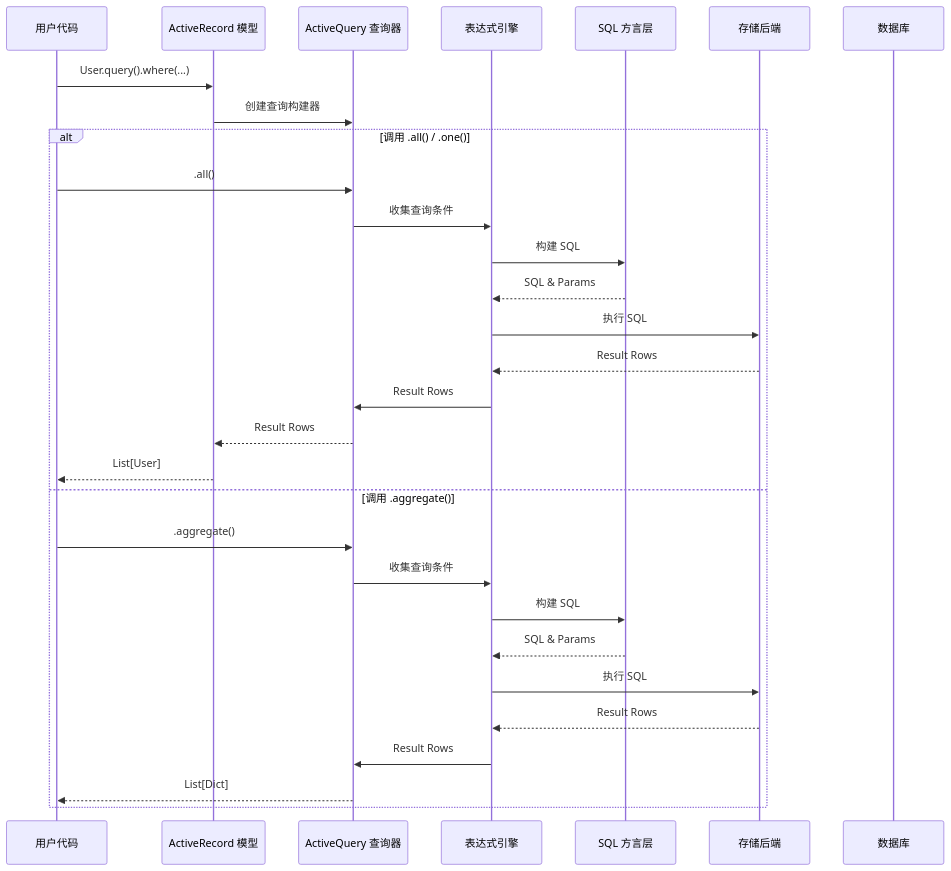
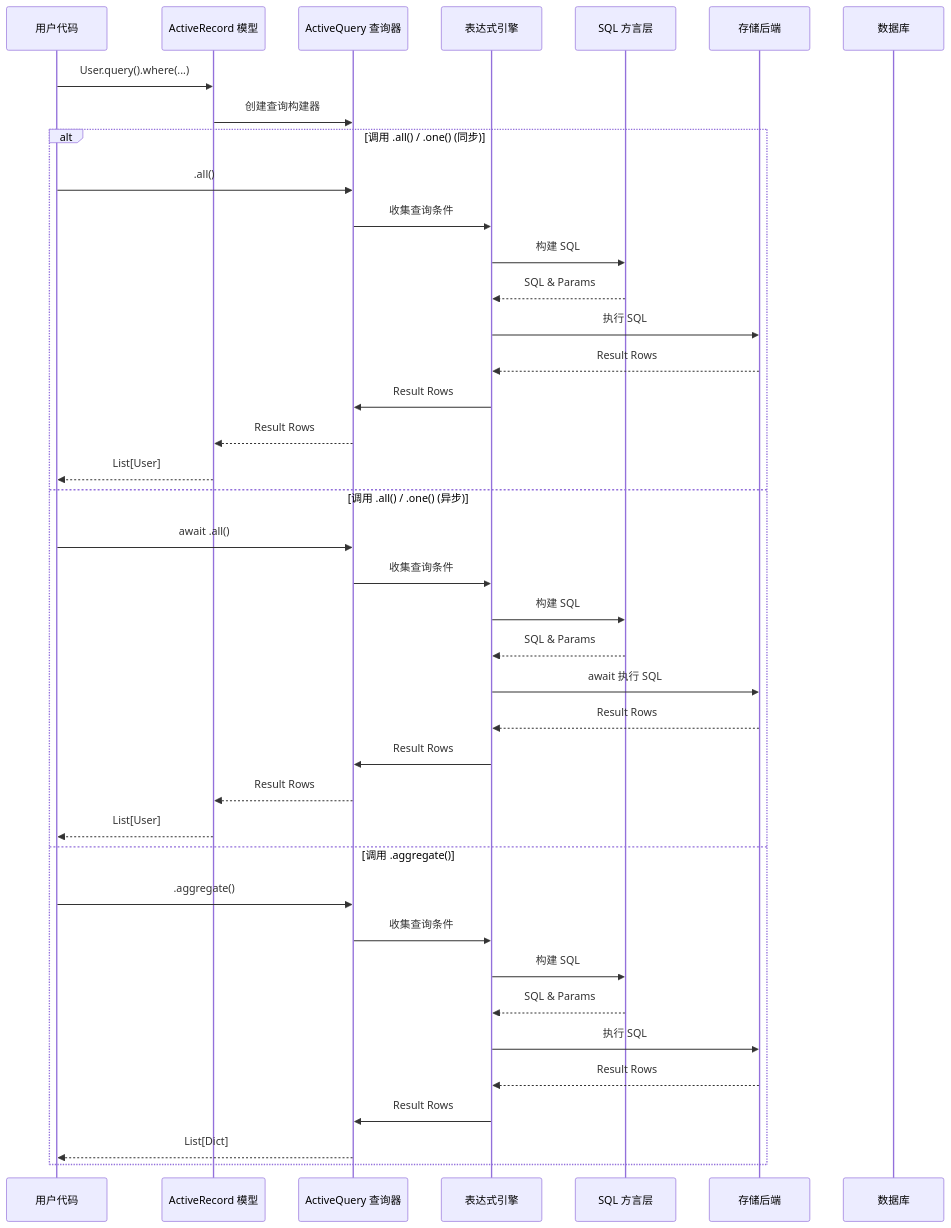
Before and after one commit to rhosocial/python-activerecord: the sixth of 6 diagrams in docs/zh_CN/introduction/architecture.md, drawn with Mermaid. The commit also changed other lines of this file and 12 other files, not shown here.

````diff
--- a/docs/zh_CN/introduction/architecture.md
+++ b/docs/zh_CN/introduction/architecture.md
@@ -398,34 +407,44 @@
 ```mermaid
 sequenceDiagram
     participant App as 用户代码
     participant Model as ActiveRecord 模型
     participant Query as ActiveQuery 查询器
     participant Expr as 表达式引擎
     participant Dialect as SQL 方言层
     participant Backend as 存储后端
     participant DB as 数据库
 
     App->>Model: User.query().where(...)
     Model->>Query: 创建查询构建器
-    
-    alt 调用 .all() / .one()
+
+    alt 调用 .all() / .one() (同步)
         App->>Query: .all()
         Query->>Expr: 收集查询条件
         Expr->>Dialect: 构建 SQL
         Dialect-->>Expr: SQL & Params
         Expr->>Backend: 执行 SQL
+        Backend-->>Expr: Result Rows
+        Expr->>Query: Result Rows
+        Query-->>Model: Result Rows
+        Model-->>App: List[User]
+    else 调用 .all() / .one() (异步)
+        App->>Query: await .all()
+        Query->>Expr: 收集查询条件
+        Expr->>Dialect: 构建 SQL
+        Dialect-->>Expr: SQL & Params
+        Expr->>Backend: await 执行 SQL
         Backend-->>Expr: Result Rows
         Expr->>Query: Result Rows
         Query-->>Model: Result Rows
         Model-->>App: List[User]
     else 调用 .aggregate()
         App->>Query: .aggregate()
         Query->>Expr: 收集查询条件
         Expr->>Dialect: 构建 SQL
         Dialect-->>Expr: SQL & Params
         Expr->>Backend: 执行 SQL
         Backend-->>Expr: Result Rows
         Expr->>Query: Result Rows
         Query-->>App: List[Dict]
     end
 ```
````
